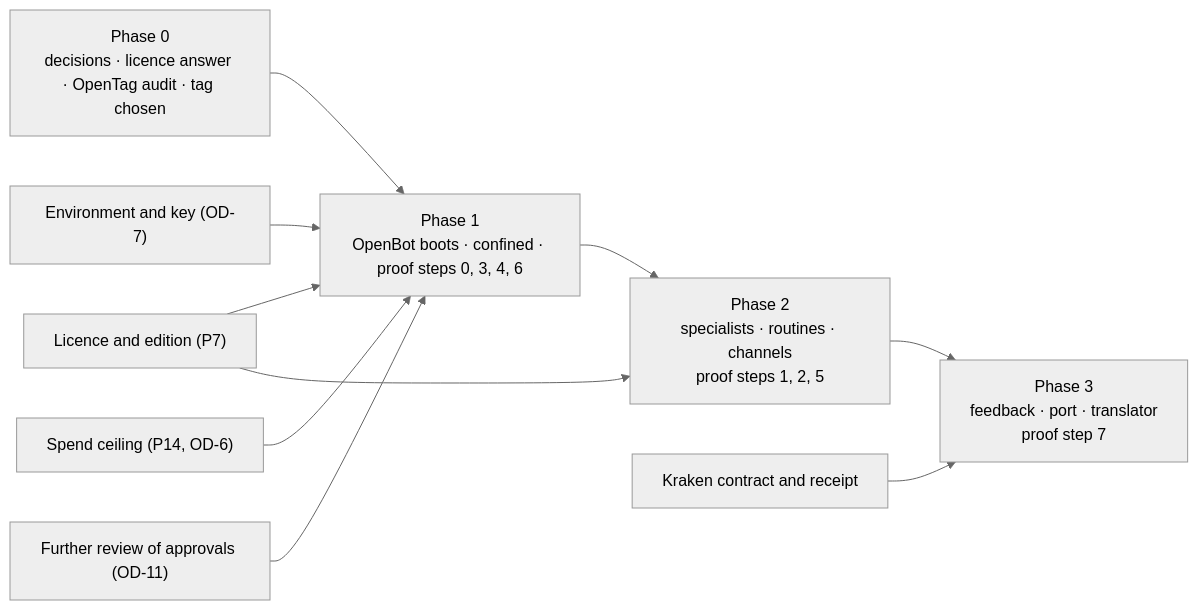
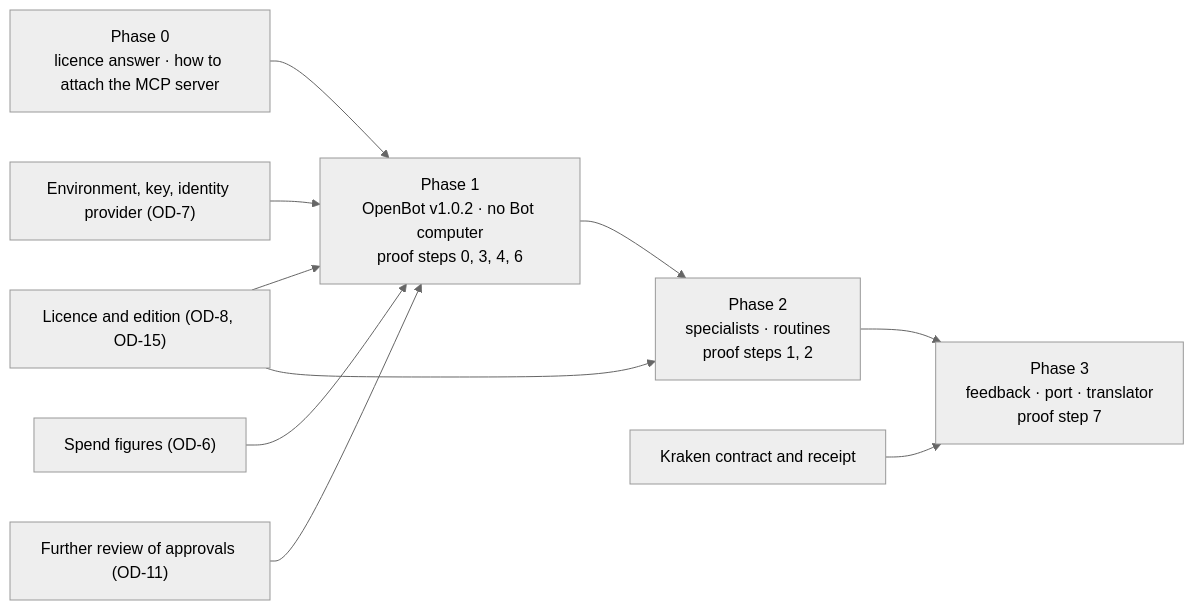
One commit to chrismarchant/kraken-intelligence-adapter changed the diagram in docs/architecture/mediation/KIC-ARCH-MED-01/D6-roadmap.md. Above: the diagram before and after it, drawn with Mermaid (neutral theme). The commit also changed other lines of this file and 22 other files, not shown here.

First line of the commit message:
Records: owner decisions, confinement test matrix, three reviews, release-tag and OpenTag findings

````diff
--- a/docs/architecture/mediation/KIC-ARCH-MED-01/D6-roadmap.md
+++ b/docs/architecture/mediation/KIC-ARCH-MED-01/D6-roadmap.md
@@ -57,12 +61,12 @@
 ```mermaid
 flowchart LR
-  P0["Phase 0<br/>decisions · licence answer · OpenTag audit · tag chosen"] --> P1["Phase 1<br/>OpenBot boots · confined · proof steps 0, 3, 4, 6"]
-  P1 --> P2["Phase 2<br/>specialists · routines · channels<br/>proof steps 1, 2, 5"]
+  P0["Phase 0<br/>licence answer · how to attach the MCP server"] --> P1["Phase 1<br/>OpenBot v1.0.2 · no Bot computer<br/>proof steps 0, 3, 4, 6"]
+  P1 --> P2["Phase 2<br/>specialists · routines<br/>proof steps 1, 2"]
   P2 --> P3["Phase 3<br/>feedback · port · translator<br/>proof step 7"]
-  L["Licence and edition (P7)"] --> P1
+  L["Licence and edition (OD-8, OD-15)"] --> P1
   L --> P2
-  E["Environment and key (OD-7)"] --> P1
-  S["Spend ceiling (P14, OD-6)"] --> P1
+  E["Environment, key, identity provider (OD-7)"] --> P1
+  S["Spend figures (OD-6)"] --> P1
   R["Further review of approvals (OD-11)"] --> P1
   K["Kraken contract and receipt"] --> P3
 ```
````
